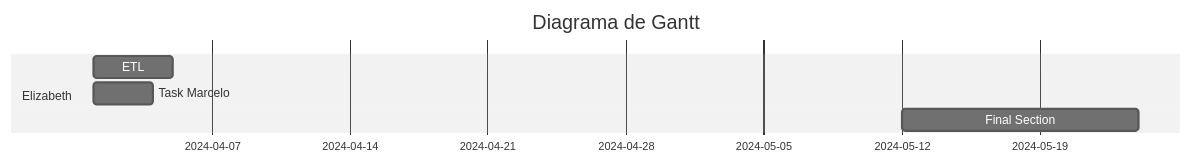
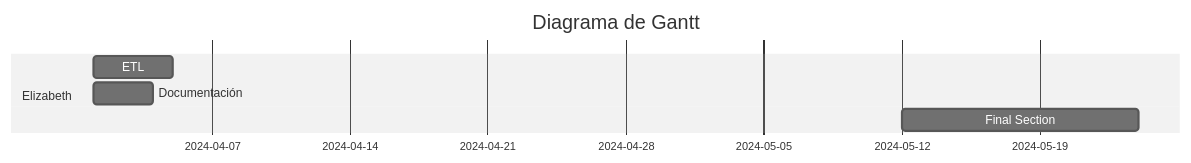
One commit to Beth-94/testmermaid changed the diagram in README.md. Above: the diagram before and after it, drawn with Mermaid (neutral theme).

````diff
--- a/README.md
+++ b/README.md
@@ -8,11 +8,11 @@
 ```mermaid
 gantt
     title Diagrama de Gantt 
 
     section Elizabeth
-     ETL           :a1, 2024-04-01, 4d
-    Task Marcelo    :2024-04-01, 3d
+    ETL              :a1, 2024-04-01, 4d
+    Documentación    :a1,2024-04-01, 3d
     Final Section    : 2024-05-12  , 12d
 
 
 ```
````
